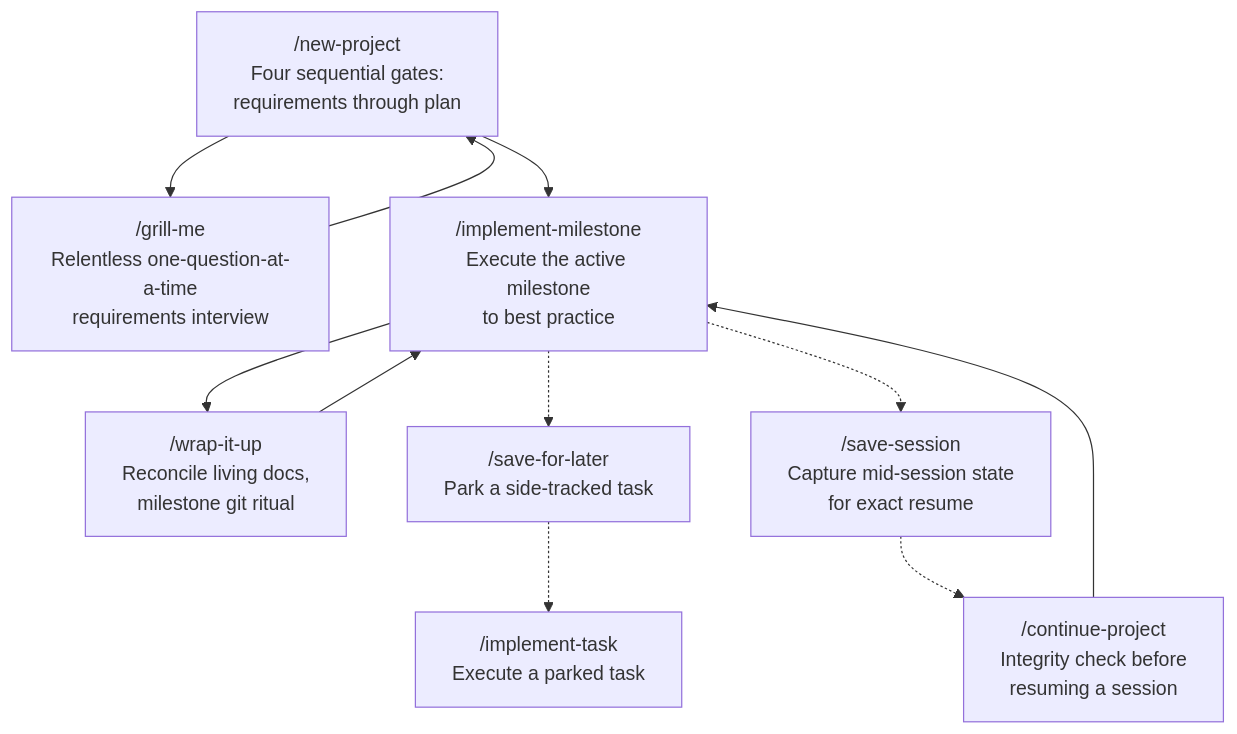
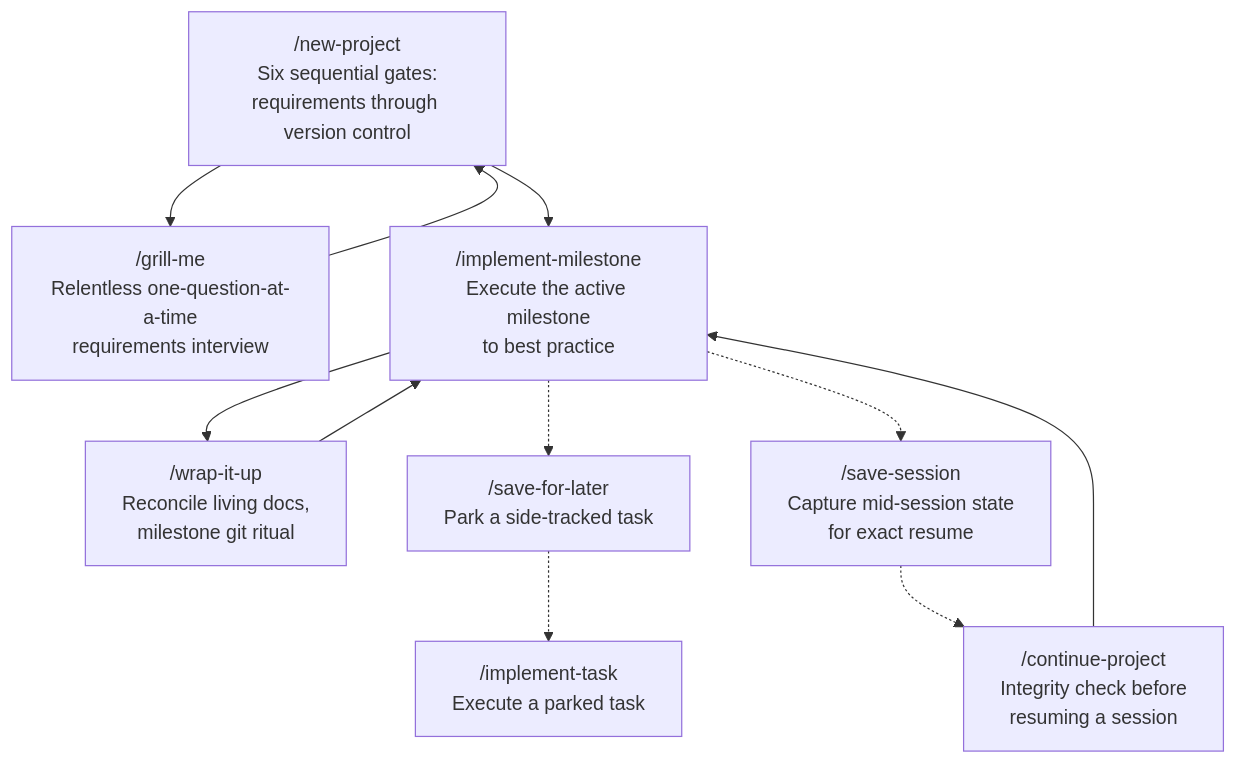
One commit to kristianlindholm/lindholm-code changed the third of 5 diagrams in README.md. Above: the diagram before and after it, drawn with Mermaid. The commit also changed other lines of this file and 3 other files, not shown here.

````diff
--- a/README.md
+++ b/README.md
@@ -97,22 +97,22 @@
 ```mermaid
 flowchart TD
-    NP["/new-project<br/>Four sequential gates:<br/>requirements through plan"]
+    NP["/new-project<br/>Six sequential gates:<br/>requirements through version control"]
     GM["/grill-me<br/>Relentless one-question-at-a-time<br/>requirements interview"]
     IM["/implement-milestone<br/>Execute the active milestone<br/>to best practice"]
     CP["/continue-project<br/>Integrity check before<br/>resuming a session"]
     WIU["/wrap-it-up<br/>Reconcile living docs,<br/>milestone git ritual"]
     SFL["/save-for-later<br/>Park a side-tracked task"]
     IT["/implement-task<br/>Execute a parked task"]
     SS["/save-session<br/>Capture mid-session state<br/>for exact resume"]
 
     NP --> GM
     GM --> NP
     NP --> IM
     IM --> WIU
     WIU --> IM
     CP --> IM
     IM -.-> SFL
     SFL -.-> IT
     IM -.-> SS
     SS -.-> CP
 ```
````
